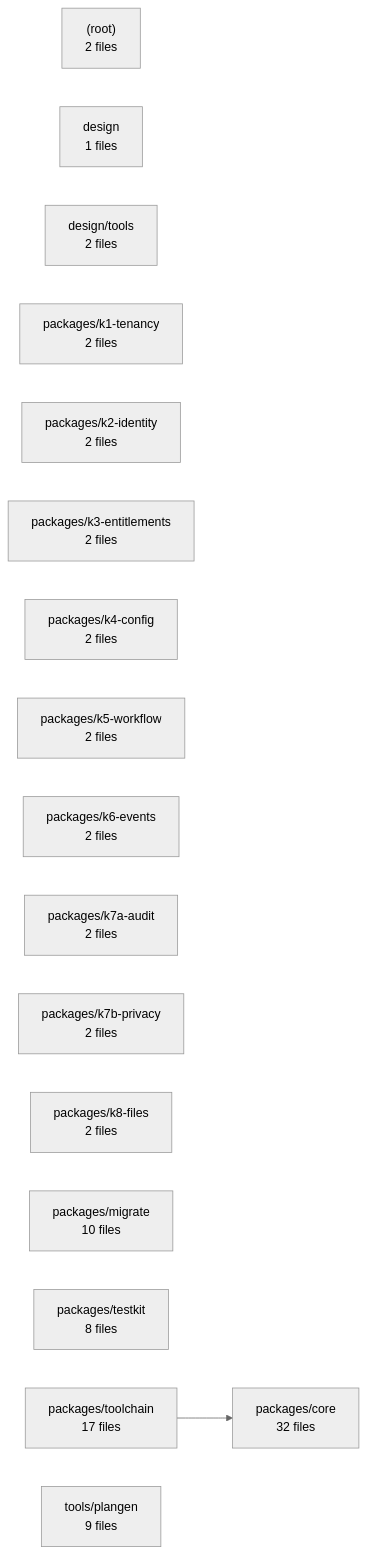
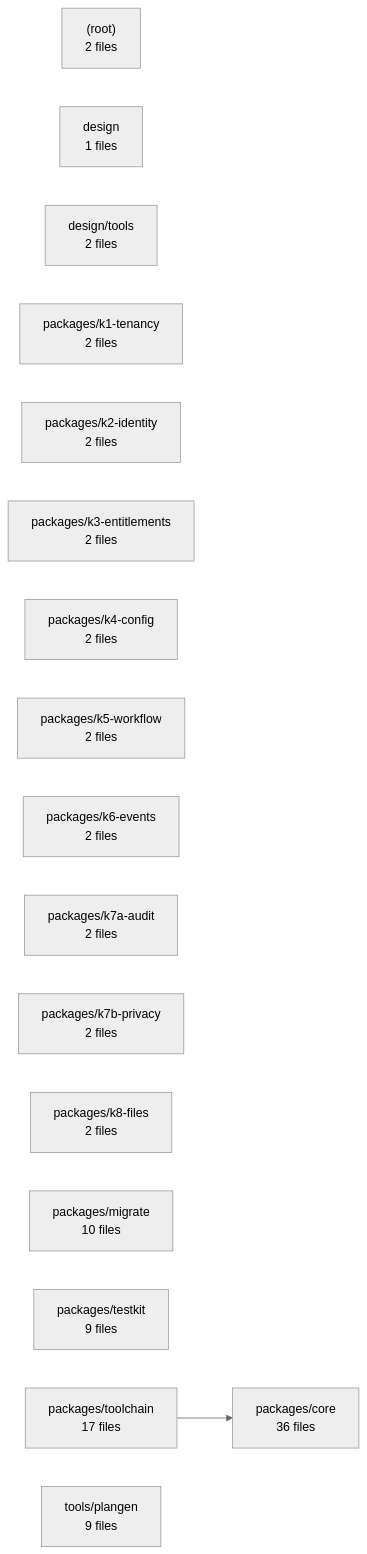
One commit to AadarshMishraa/epc_dashboard changed the diagram in .claude/map/diagrams/modules.mmd. Above: the diagram before and after it, drawn with Mermaid (neutral theme). The commit also changed 42 other files, not shown here.

```diff
--- a/.claude/map/diagrams/modules.mmd
+++ b/.claude/map/diagrams/modules.mmd
@@ -1,19 +1,19 @@
 flowchart LR
   _root_["(root)<br/>2 files"]
   design["design<br/>1 files"]
   design_tools["design/tools<br/>2 files"]
-  packages_core["packages/core<br/>32 files"]
+  packages_core["packages/core<br/>36 files"]
   packages_k1_tenancy["packages/k1-tenancy<br/>2 files"]
   packages_k2_identity["packages/k2-identity<br/>2 files"]
   packages_k3_entitlements["packages/k3-entitlements<br/>2 files"]
   packages_k4_config["packages/k4-config<br/>2 files"]
   packages_k5_workflow["packages/k5-workflow<br/>2 files"]
   packages_k6_events["packages/k6-events<br/>2 files"]
   packages_k7a_audit["packages/k7a-audit<br/>2 files"]
   packages_k7b_privacy["packages/k7b-privacy<br/>2 files"]
   packages_k8_files["packages/k8-files<br/>2 files"]
   packages_migrate["packages/migrate<br/>10 files"]
-  packages_testkit["packages/testkit<br/>8 files"]
+  packages_testkit["packages/testkit<br/>9 files"]
   packages_toolchain["packages/toolchain<br/>17 files"]
   tools_plangen["tools/plangen<br/>9 files"]
   packages_toolchain --> packages_core
```
